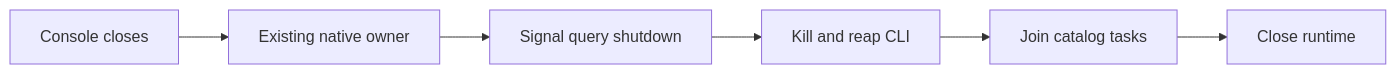
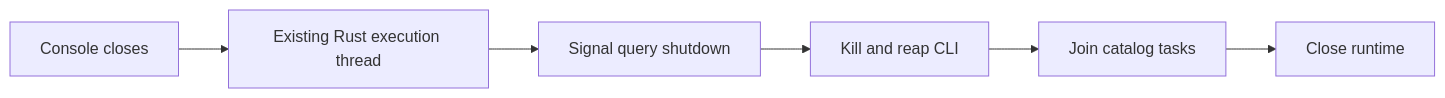
Before and after one commit to Cutuy/doramcap: the fifth of 5 diagrams in libs/workload-holoscan/docs/111626-holoscan-stack-log.md, drawn with Mermaid. The commit also changed other lines of this file, not shown here.

````diff
--- a/libs/workload-holoscan/docs/111626-holoscan-stack-log.md
+++ b/libs/workload-holoscan/docs/111626-holoscan-stack-log.md
@@ -137,8 +138,8 @@
 ```mermaid
 flowchart LR
-  C[Console closes] --> O[Existing native owner]
+  C[Console closes] --> O[Existing Rust execution thread]
   O --> S[Signal query shutdown]
   S --> K[Kill and reap CLI]
   K --> J[Join catalog tasks]
   J --> R[Close runtime]
 ```
````
